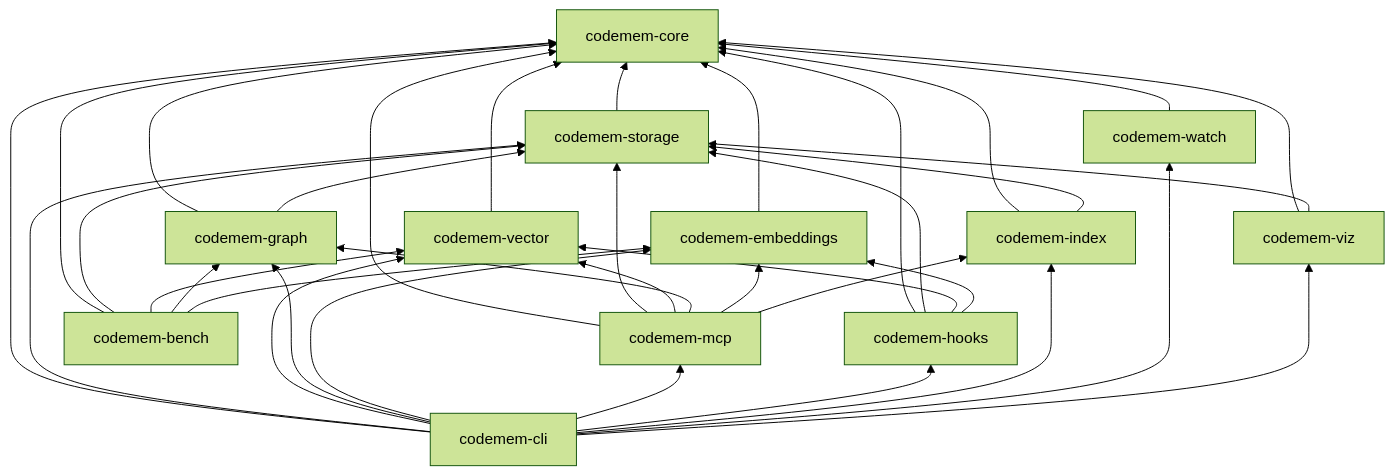
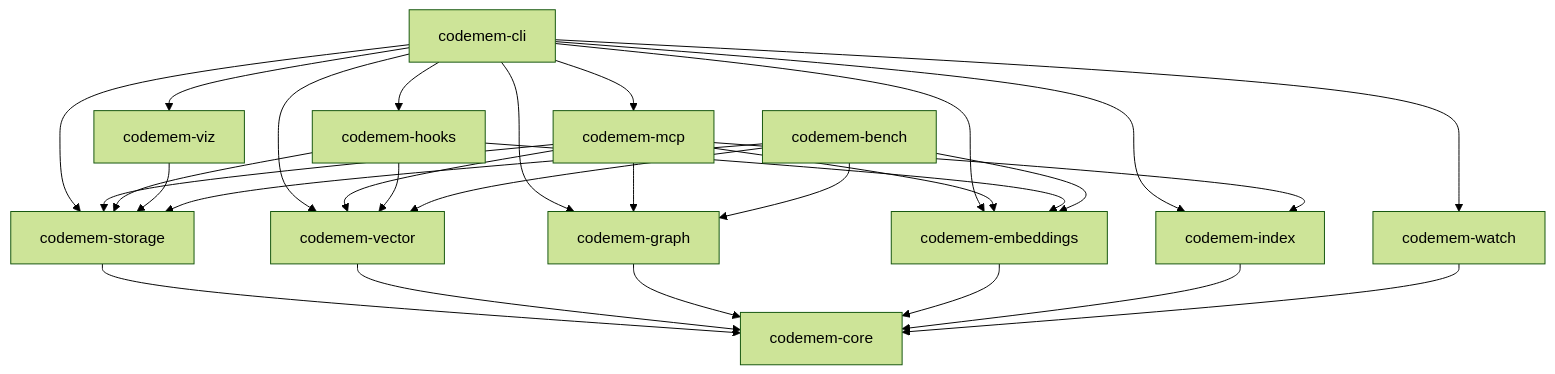
Before and after one commit to cogniplex/codemem: the second of 8 diagrams in docs/architecture.md, drawn with Mermaid (forest theme). The commit also changed other lines of this file and 13 other files, not shown here.

````diff
--- a/docs/architecture.md
+++ b/docs/architecture.md
@@ -81,39 +81,21 @@
 ```mermaid
-graph BT
-    core[codemem-core]
+flowchart TD
+    cli[codemem-cli]
+
+    cli --> mcp & hooks & viz & watch & index
+    cli --> storage & vector & graphCrate & embeddings
+
+    mcp[codemem-mcp] --> storage & vector & graphCrate & embeddings & index
+    hooks[codemem-hooks] --> storage & vector & embeddings
+    viz[codemem-viz] --> storage
+    bench[codemem-bench] --> storage & vector & graphCrate & embeddings
+
     storage[codemem-storage] --> core
     vector[codemem-vector] --> core
     graphCrate[codemem-graph] --> core
-    graphCrate --> storage
     embeddings[codemem-embeddings] --> core
     index[codemem-index] --> core
-    index --> storage
-    hooks[codemem-hooks] --> core
-    hooks --> storage
-    hooks --> vector
-    hooks --> embeddings
     watch[codemem-watch] --> core
-    mcp[codemem-mcp] --> core
-    mcp --> storage
-    mcp --> vector
-    mcp --> graphCrate
-    mcp --> embeddings
-    mcp --> index
-    cli[codemem-cli] --> core
-    cli --> storage
-    cli --> vector
-    cli --> graphCrate
-    cli --> embeddings
-    cli --> mcp
-    cli --> hooks
-    cli --> index
-    cli --> watch
-    cli --> viz
-    viz[codemem-viz] --> core
-    viz --> storage
-    bench[codemem-bench] --> core
-    bench --> storage
-    bench --> vector
-    bench --> graphCrate
-    bench --> embeddings
+
+    core[codemem-core]
 ```
````
